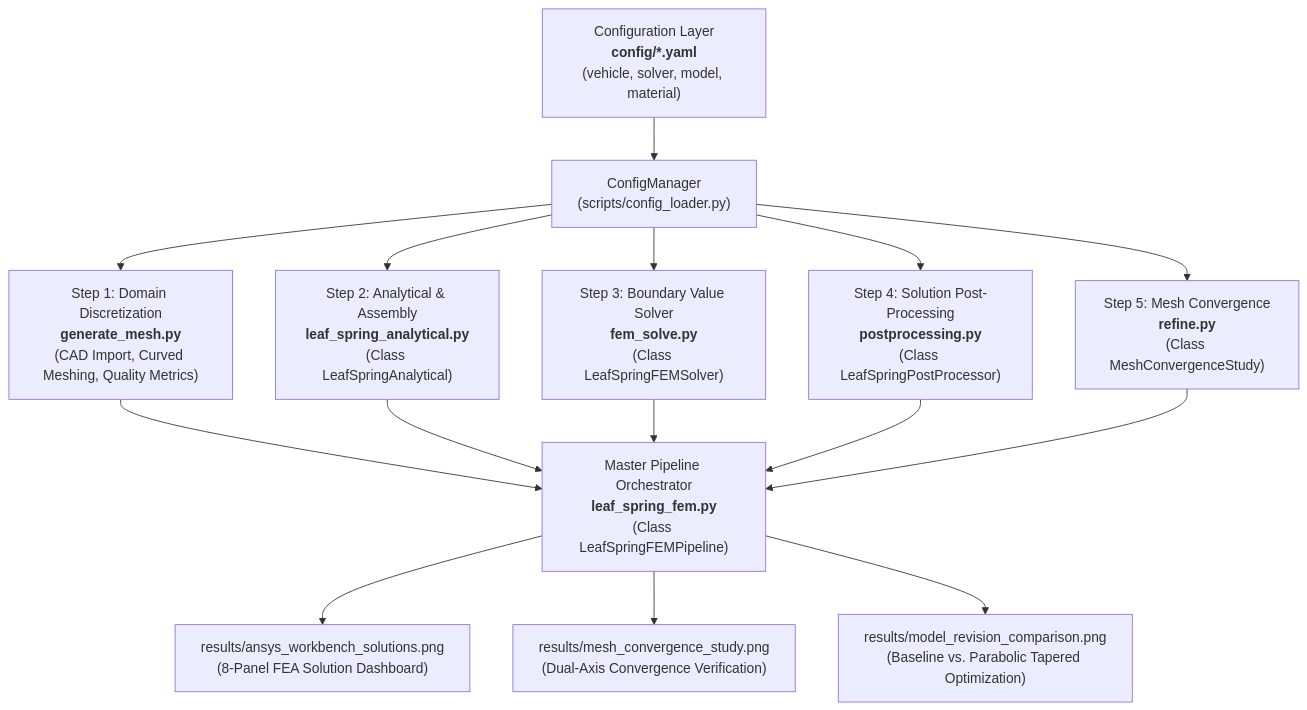
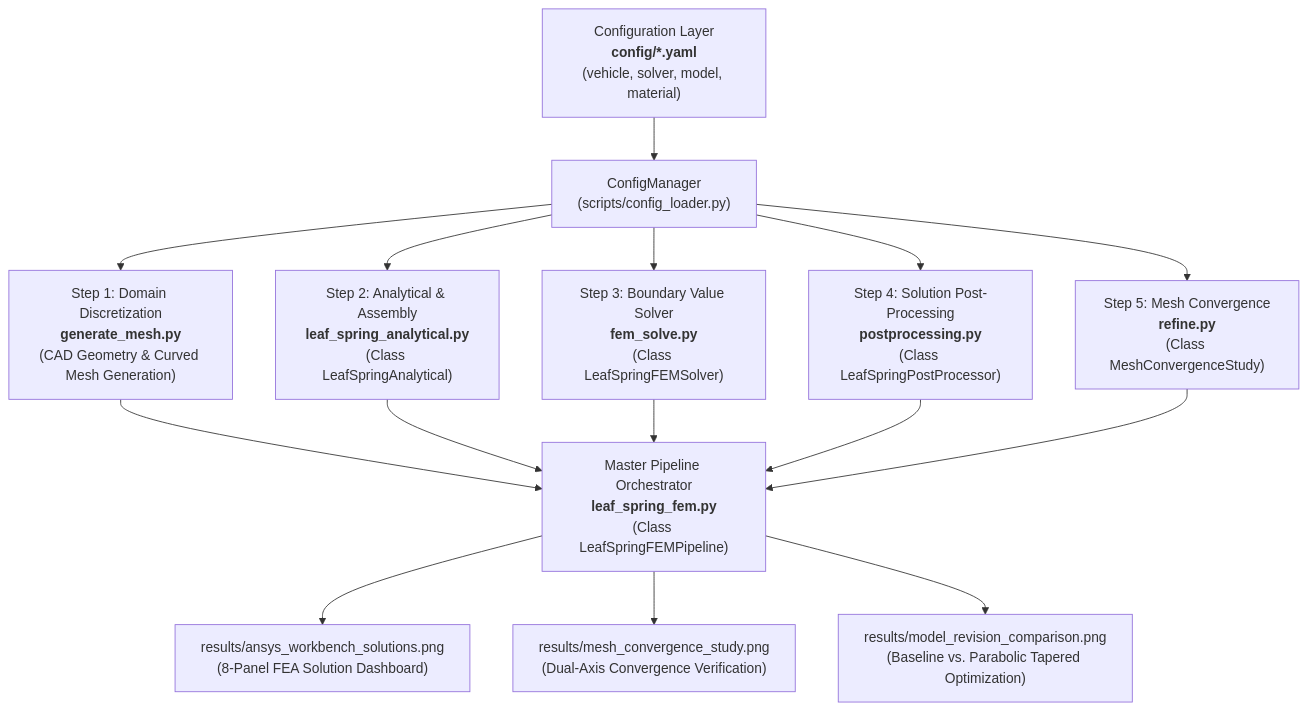
The diagram in README.md (nontanan-linux/FEA-Leaf-Spring), drawn with Mermaid before and after one commit. The commit also changed other lines of this file, not shown here.

Commit message:
docs(readme): streamline README to principles and architecture, removing result tables

````diff
--- a/README.md
+++ b/README.md
@@ -27,20 +27,20 @@
 ```mermaid
 graph TD
     CFG["Configuration Layer<br/><b>config/*.yaml</b><br/>(vehicle, solver, model, material)"] --> CL["ConfigManager<br/>(scripts/config_loader.py)"]
     
-    CL --> S1["Step 1: Domain Discretization<br/><b>generate_mesh.py</b><br/>(CAD Import, Curved Meshing, Quality Metrics)"]
+    CL --> S1["Step 1: Domain Discretization<br/><b>generate_mesh.py</b><br/>(CAD Geometry & Curved Mesh Generation)"]
     CL --> S2["Step 2: Analytical & Assembly<br/><b>leaf_spring_analytical.py</b><br/>(Class LeafSpringAnalytical)"]
     CL --> S3["Step 3: Boundary Value Solver<br/><b>fem_solve.py</b><br/>(Class LeafSpringFEMSolver)"]
     CL --> S4["Step 4: Solution Post-Processing<br/><b>postprocessing.py</b><br/>(Class LeafSpringPostProcessor)"]
     CL --> S5["Step 5: Mesh Convergence<br/><b>refine.py</b><br/>(Class MeshConvergenceStudy)"]
     
     S1 --> PIPE["Master Pipeline Orchestrator<br/><b>leaf_spring_fem.py</b><br/>(Class LeafSpringFEMPipeline)"]
     S2 --> PIPE
     S3 --> PIPE
     S4 --> PIPE
     S5 --> PIPE
     
     PIPE --> R1["results/ansys_workbench_solutions.png<br/>(8-Panel FEA Solution Dashboard)"]
     PIPE --> R2["results/mesh_convergence_study.png<br/>(Dual-Axis Convergence Verification)"]
     PIPE --> R3["results/model_revision_comparison.png<br/>(Baseline vs. Parabolic Tapered Optimization)"]
 ```
````
